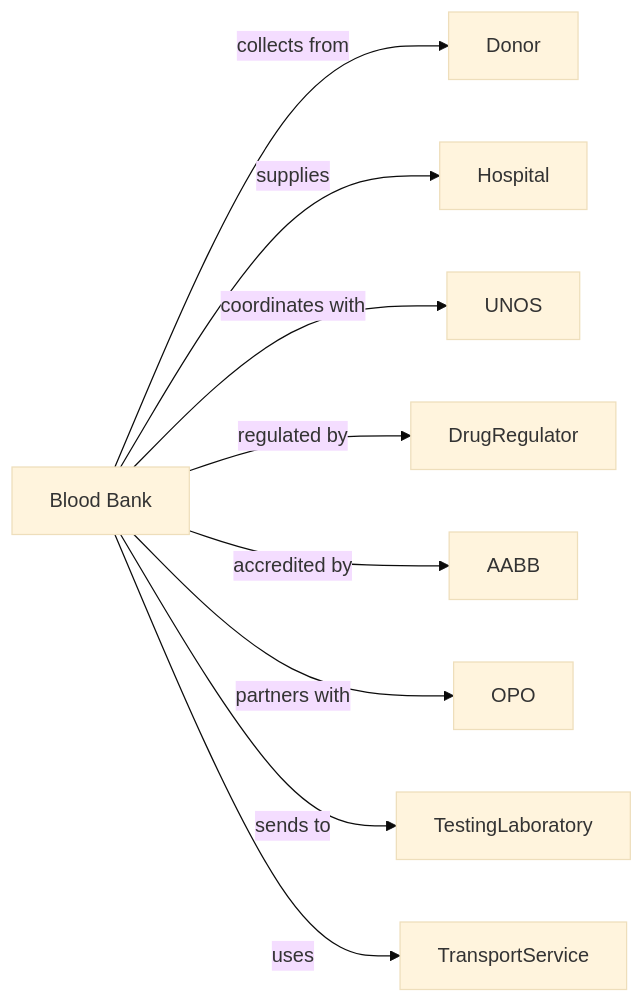
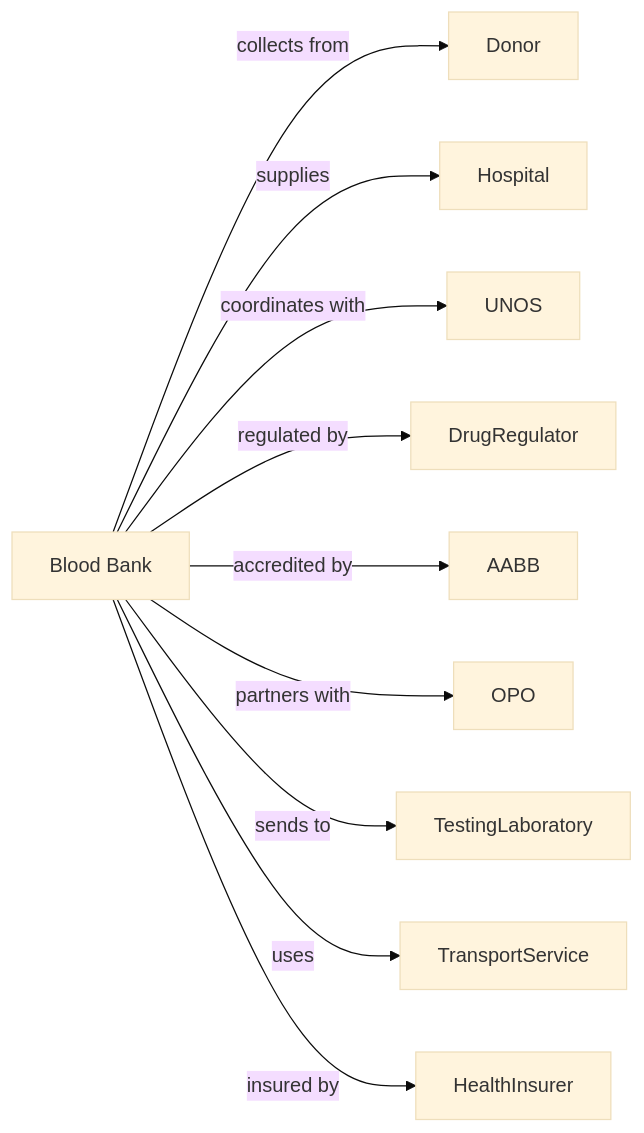
One commit to dot-org-ai/industries.org.ai changed the second of 2 diagrams in HealthCare/AmbulatoryHealthCareServices/OtherAmbulatoryHealthCareServices/BloodAndOrganBanks.mdx. Above: the diagram before and after it, drawn with Mermaid (base theme). The commit also changed 588 other files, not shown here.

````diff
--- a/HealthCare/AmbulatoryHealthCareServices/OtherAmbulatoryHealthCareServices/BloodAndOrganBanks.mdx
+++ b/HealthCare/AmbulatoryHealthCareServices/OtherAmbulatoryHealthCareServices/BloodAndOrganBanks.mdx
@@ -141,13 +141,14 @@
 ```mermaid
 graph LR
     B[Blood Bank]
 
     B -->|collects from| Donor
     B -->|supplies| Hospital
     B -->|coordinates with| UNOS
     B -->|regulated by| DrugRegulator
     B -->|accredited by| AABB
     B -->|partners with| OPO
     B -->|sends to| TestingLaboratory
     B -->|uses| TransportService
+    B -->|insured by| HealthInsurer
 ```
````
